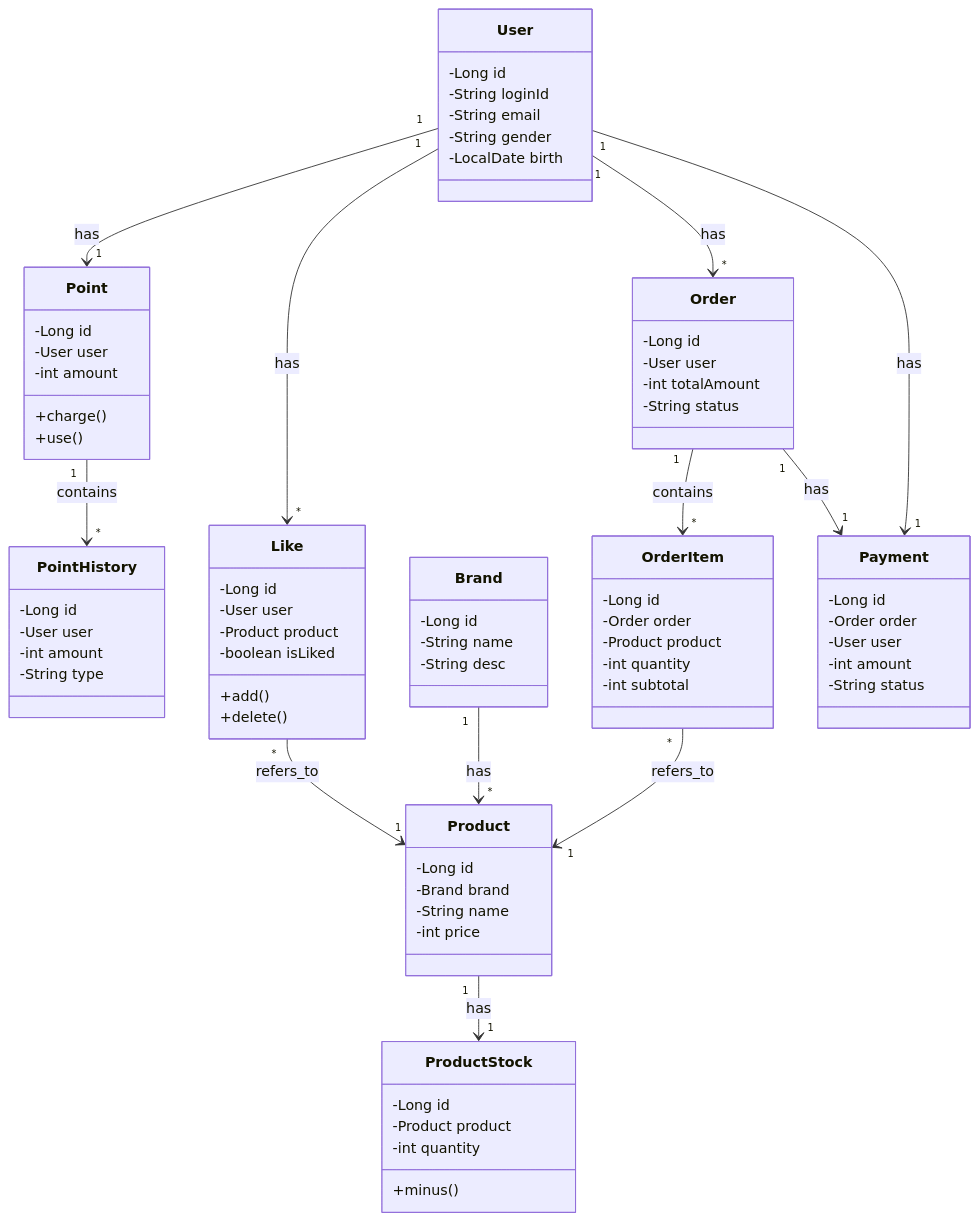
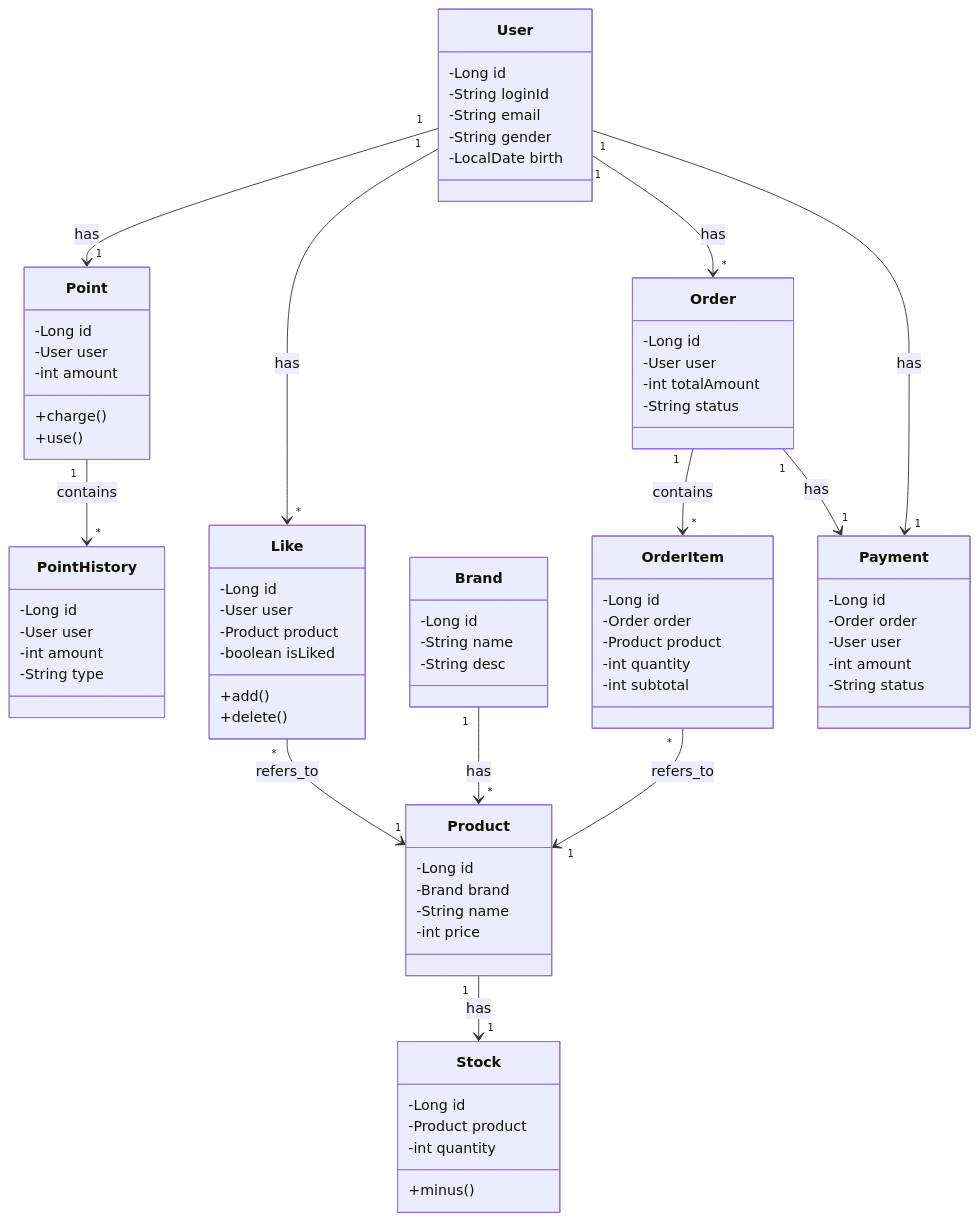
Before and after one commit to hyunn12/e-commerce-project: the diagram in docs/design/03-class-diagrams.md, drawn with Mermaid. The commit also changed 3 other files, not shown here.

Commit message:
refactor: 재고 도메인명 변경 - ProductStock -> Stock

```diff
--- a/docs/design/03-class-diagrams.md
+++ b/docs/design/03-class-diagrams.md
@@ -49,7 +49,7 @@
         -int price
     }
     
-    class ProductStock {
+    class Stock {
         -Long id
         -Product product
         -int quantity
@@ -86,7 +86,7 @@
     User "1" --> "*" Like : has
     Like "*" --> "1" Product : refers_to
     Brand "1" --> "*" Product : has
-    Product "1" --> "1" ProductStock : has
+    Product "1" --> "1" Stock : has
     User "1" --> "*" Order : has
     Order "1" --> "*" OrderItem : contains
     OrderItem "*" --> "1" Product : refers_to
```
